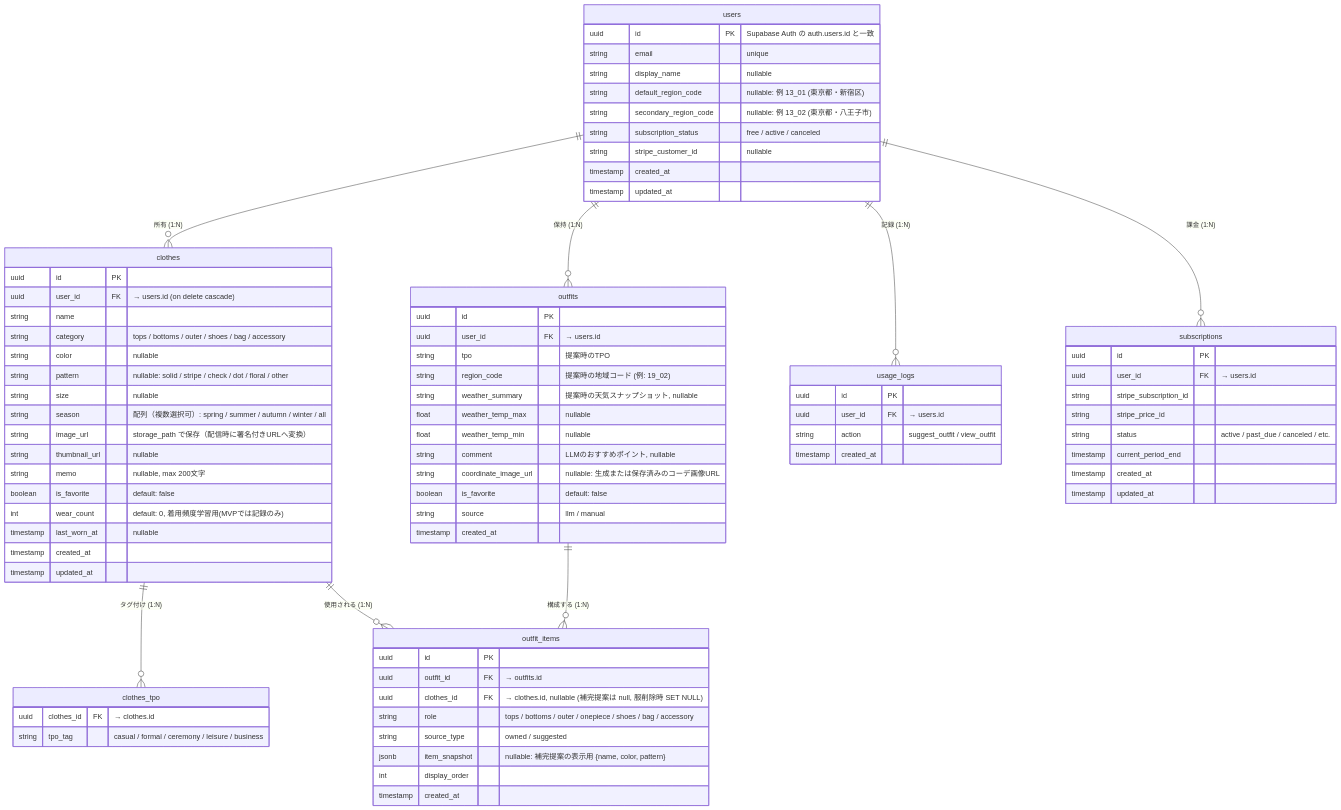
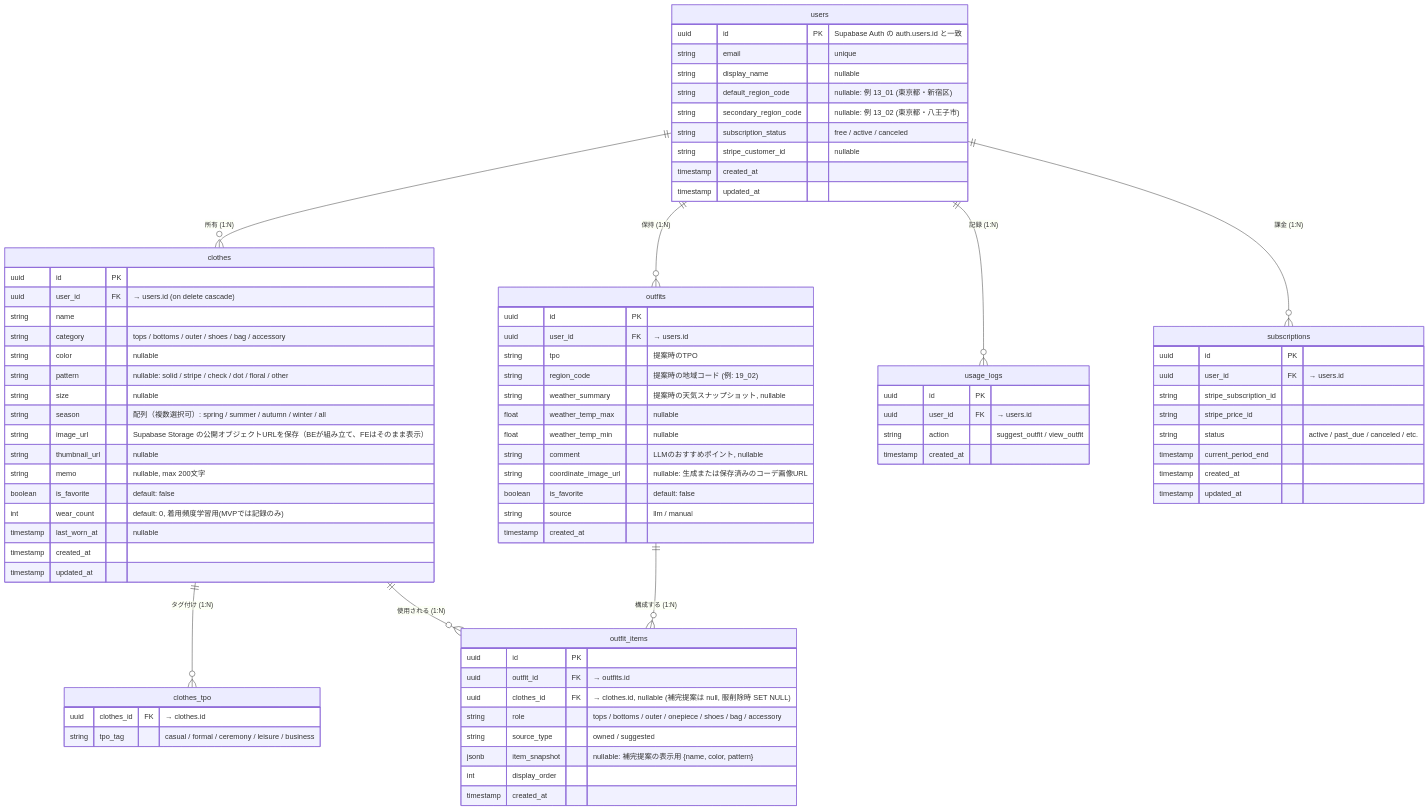
One commit to ms-engineer-bc26-01/teamB_section_9 changed the diagram in docs/er-diagram.md. Above: the diagram before and after it, drawn with Mermaid. The commit also changed 4 other files, not shown here.

First line of the commit message:
fix(be): セルフレビュー指摘対応（image_url 整合・503一貫・docs統一）

```diff
--- a/docs/er-diagram.md
+++ b/docs/er-diagram.md
@@ -25,7 +25,7 @@
     string pattern "nullable: solid / stripe / check / dot / floral / other"
     string size "nullable"
     string season "配列（複数選択可）: spring / summer / autumn / winter / all"
-    string image_url "storage_path で保存（配信時に署名付きURLへ変換）"
+    string image_url "Supabase Storage の公開オブジェクトURLを保存（BEが組み立て、FEはそのまま表示）"
     string thumbnail_url "nullable"
     string memo "nullable, max 200文字"
     boolean is_favorite "default: false"
```
